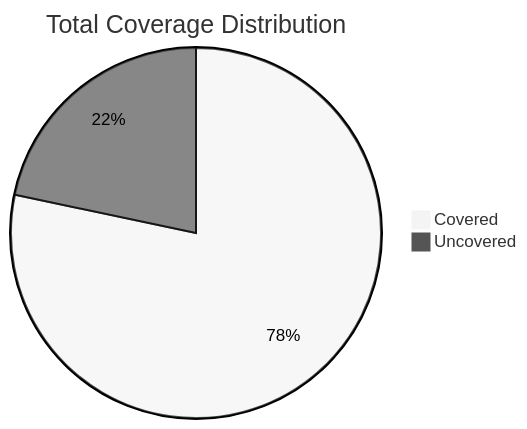
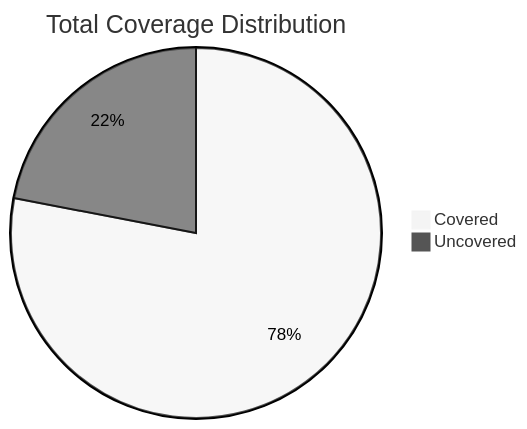
Before and after one commit to nurdwerks/jules-gemini3-chess-engine: the second of 6 diagrams in COVERAGE_REPORT.md, drawn with Mermaid (neutral theme). The commit also changed other lines of this file and 1 other file, not shown here.

````diff
--- a/COVERAGE_REPORT.md
+++ b/COVERAGE_REPORT.md
@@ -179,5 +183,5 @@
 ```mermaid
 pie title Total Coverage Distribution
-    "Covered" : 78.32
-    "Uncovered" : 21.68
+    "Covered" : 78.02
+    "Uncovered" : 21.98
 ```
````
